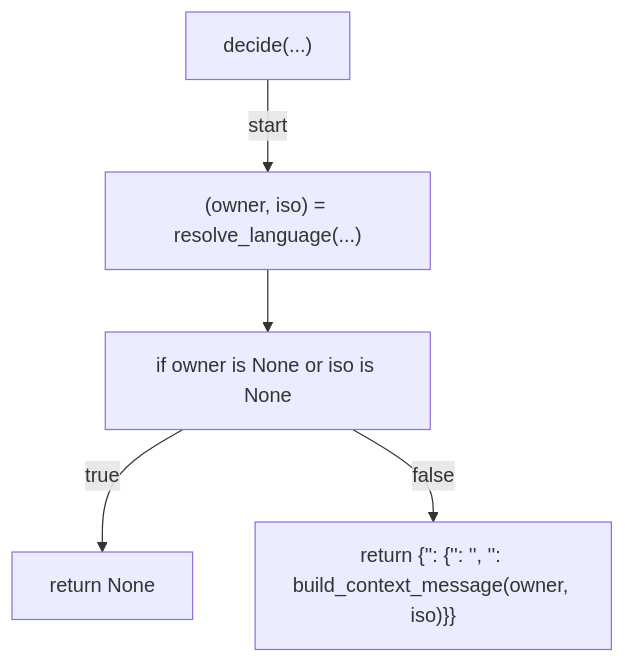
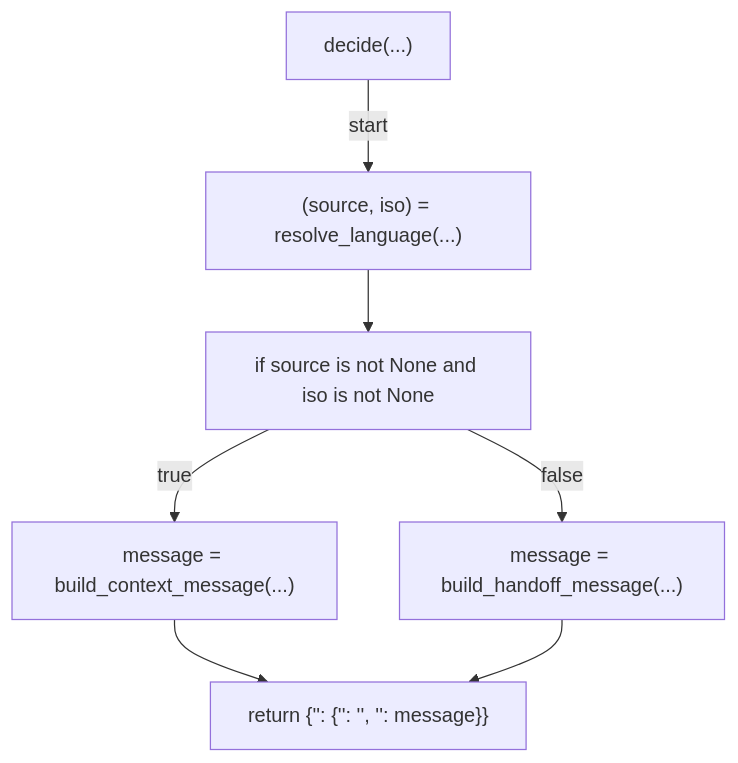
One commit to tvna/claude-md changed the fifth of 9 diagrams in docs/generated/scripts/ast/plan_language_context.md. Above: the diagram before and after it, drawn with Mermaid. The commit also changed other lines of this file, not shown here.

First line of the commit message:
docs(generated): regenerate decision tree and workflow diagrams

````diff
--- a/docs/generated/scripts/ast/plan_language_context.md
+++ b/docs/generated/scripts/ast/plan_language_context.md
@@ -90,12 +63,15 @@
 ```mermaid
 flowchart TD
     N001["decide(...)"]
-    N002["(owner, iso) = resolve_language(...)"]
-    N003["if owner is None or iso is None"]
-    N004["return None"]
-    N005["return {'<str>': {'<str>': '<str>', '<str>': build_context_message(owner, iso)}}"]
+    N002["(source, iso) = resolve_language(...)"]
+    N003["if source is not None and iso is not None"]
+    N004["message = build_context_message(...)"]
+    N005["message = build_handoff_message(...)"]
+    N006["return {'<str>': {'<str>': '<str>', '<str>': message}}"]
     N001 -->|"start"| N002
     N002 --> N003
     N003 -->|"true"| N004
     N003 -->|"false"| N005
+    N004 --> N006
+    N005 --> N006
 ```
````
